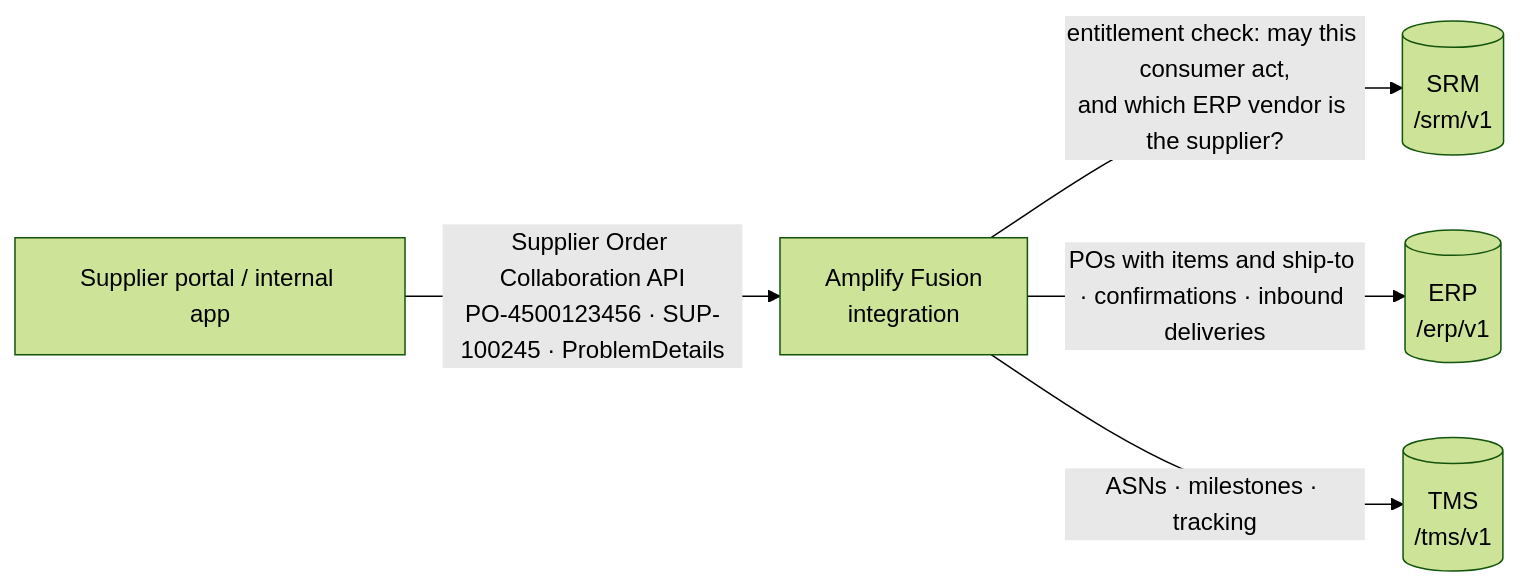
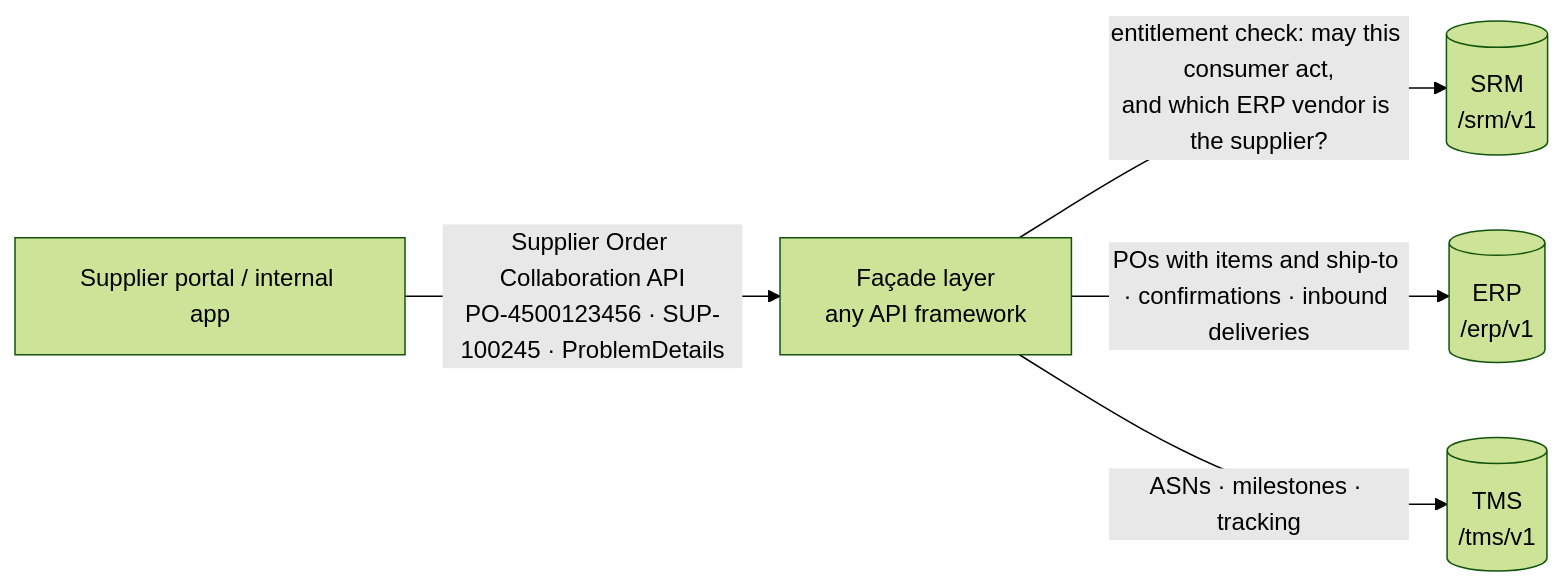
Before and after one commit to lbrenman/mock-purchase-order-backend: the diagram in README.md, drawn with Mermaid (forest theme). The commit also changed other lines of this file and 18 other files, not shown here.

````diff
--- a/README.md
+++ b/README.md
@@ -20,7 +21,7 @@
 ```mermaid
 flowchart LR
-    C[Supplier portal / internal app] -->|Supplier Order Collaboration API<br/>PO-4500123456 · SUP-100245 · ProblemDetails| F[Amplify Fusion<br/>integration]
+    C[Supplier portal / internal app] -->|Supplier Order Collaboration API<br/>PO-4500123456 · SUP-100245 · ProblemDetails| F[Façade layer<br/>any API framework]
     F -->|entitlement check: may this consumer act,<br/>and which ERP vendor is the supplier?| SRM[(SRM<br/>/srm/v1)]
     F -->|POs with items and ship-to · confirmations · inbound deliveries| ERP[(ERP<br/>/erp/v1)]
     F -->|ASNs · milestones · tracking| TMS[(TMS<br/>/tms/v1)]
 ```
````
